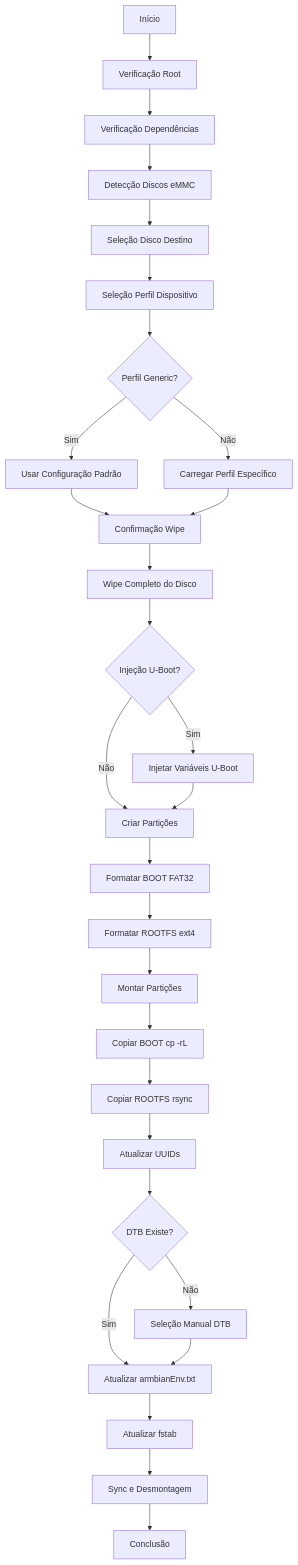
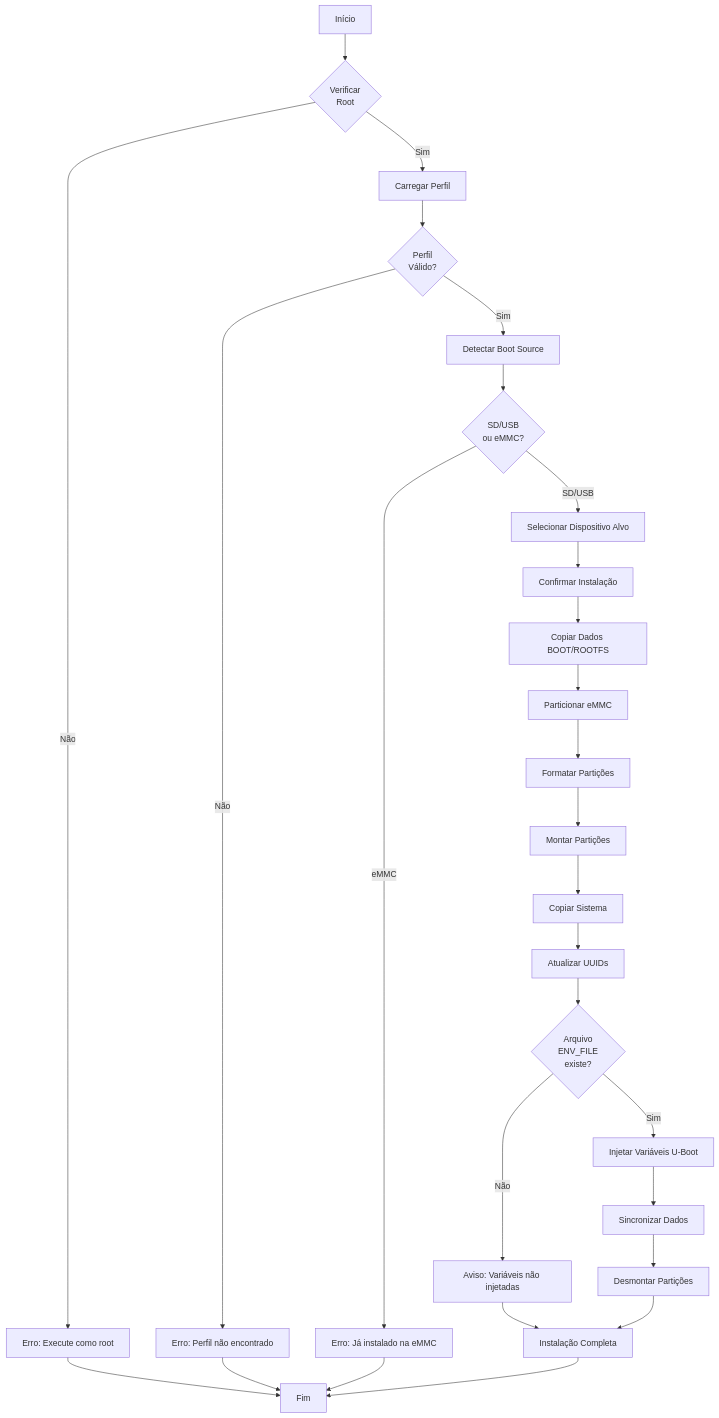
Before and after one commit to projetotvbox/armbian-install-amlogic: the diagram in README.md, drawn with Mermaid. The commit also changed other lines of this file, not shown here.

````diff
--- a/README.md
+++ b/README.md
@@ -128,31 +326,30 @@
 ```mermaid
-graph TD
-    A[Início] --> B[Verificação Root]
-    B --> C[Verificação Dependências]
-    C --> D[Detecção Discos eMMC]
-    D --> E[Seleção Disco Destino]
-    E --> F[Seleção Perfil Dispositivo]
-    F --> G{Perfil Generic?}
-    G -->|Sim| H[Usar Configuração Padrão]
-    G -->|Não| I[Carregar Perfil Específico]
-    H --> J[Confirmação Wipe]
-    I --> J
-    J --> K[Wipe Completo do Disco]
-    K --> L{Injeção U-Boot?}
-    L -->|Sim| M[Injetar Variáveis U-Boot]
-    L -->|Não| N[Criar Partições]
-    M --> N
-    N --> O[Formatar BOOT FAT32]
-    O --> P[Formatar ROOTFS ext4]
-    P --> Q[Montar Partições]
-    Q --> R[Copiar BOOT cp -rL]
-    R --> S[Copiar ROOTFS rsync]
-    S --> T[Atualizar UUIDs]
-    T --> U{DTB Existe?}
-    U -->|Não| V[Seleção Manual DTB]
-    U -->|Sim| W[Atualizar armbianEnv.txt]
-    V --> W
-    W --> X[Atualizar fstab]
-    X --> Y[Sync e Desmontagem]
-    Y --> Z[Conclusão]
+flowchart TD
+    A[Início] --> B{Verificar<br/>Root}
+    B -->|Não| C[Erro: Execute como root]
+    B -->|Sim| D[Carregar Perfil]
+    D --> E{Perfil<br/>Válido?}
+    E -->|Não| F[Erro: Perfil não encontrado]
+    E -->|Sim| G[Detectar Boot Source]
+    G --> H{SD/USB<br/>ou eMMC?}
+    H -->|eMMC| I[Erro: Já instalado na eMMC]
+    H -->|SD/USB| J[Selecionar Dispositivo Alvo]
+    J --> K[Confirmar Instalação]
+    K --> L[Copiar Dados BOOT/ROOTFS]
+    L --> M[Particionar eMMC]
+    M --> N[Formatar Partições]
+    N --> O[Montar Partições]
+    O --> P[Copiar Sistema]
+    P --> Q[Atualizar UUIDs]
+    Q --> R{Arquivo<br/>ENV_FILE<br/>existe?}
+    R -->|Não| S[Aviso: Variáveis não injetadas]
+    R -->|Sim| T[Injetar Variáveis U-Boot]
+    T --> U[Sincronizar Dados]
+    U --> V[Desmontar Partições]
+    V --> W[Instalação Completa]
+    S --> W
+    W --> X[Fim]
+    C --> X
+    F --> X
+    I --> X
 ```
````
